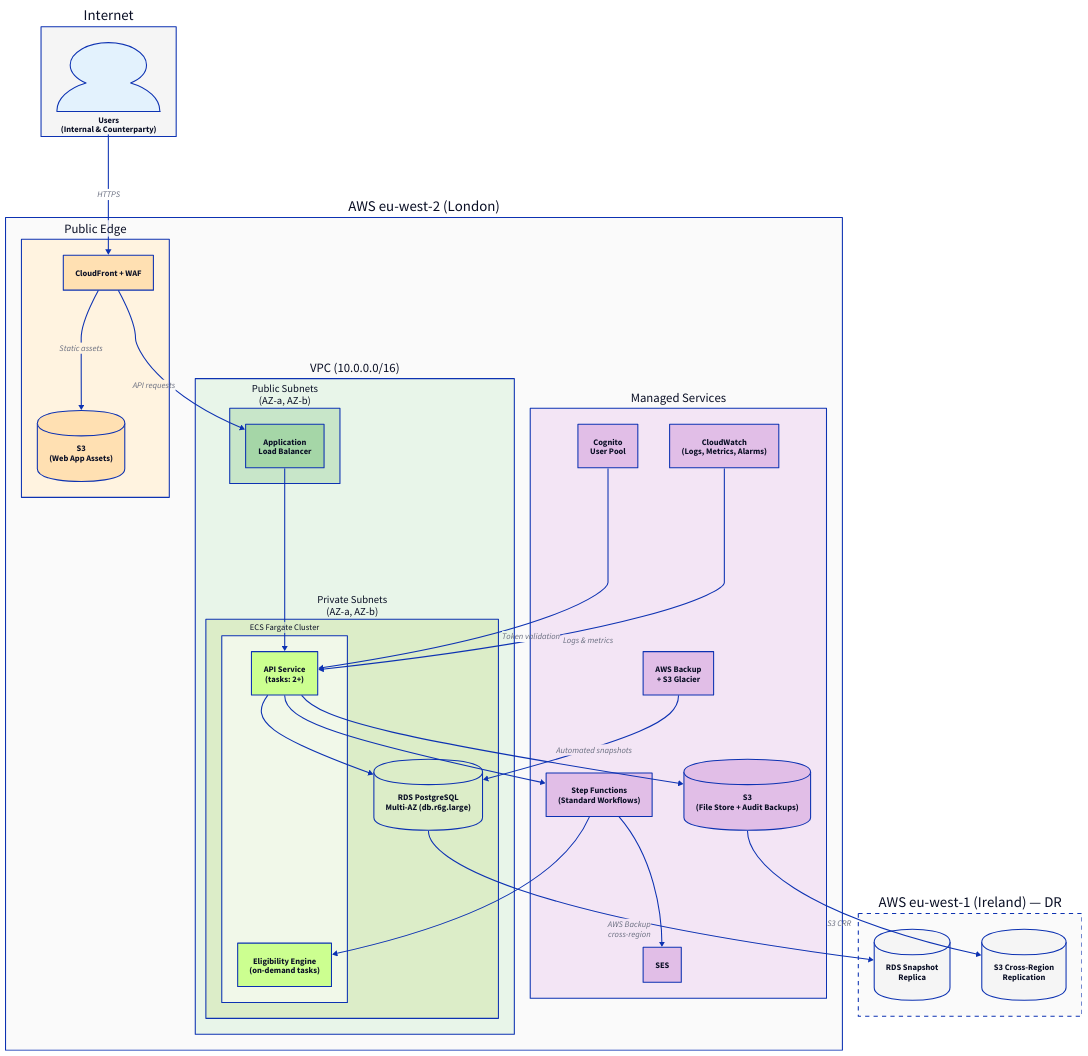
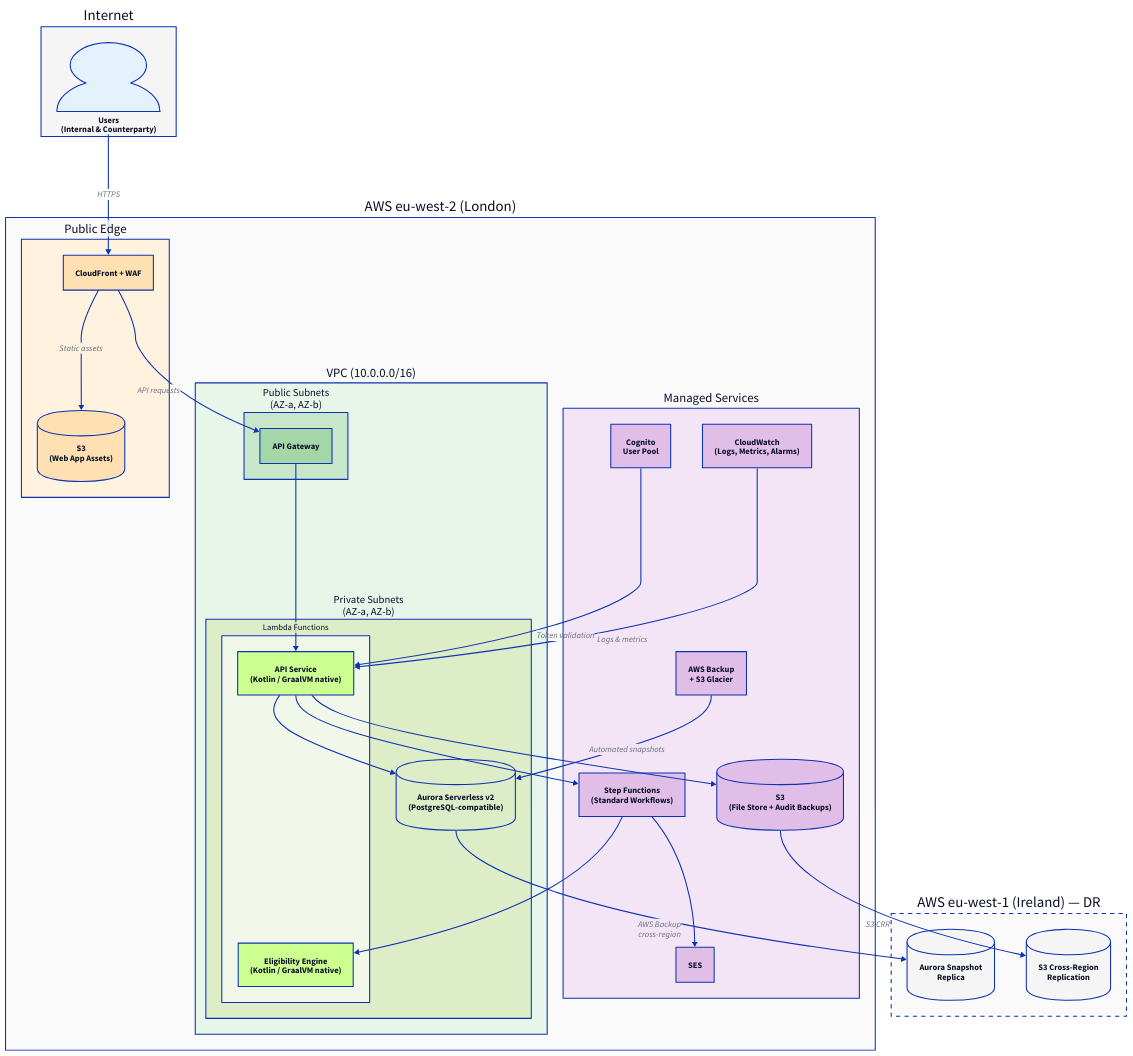
The eighth of 8 diagrams in 03/docs/solution-design.adoc (mosurekImagination/solution-architecture-case-studies), drawn with D2 before and after one commit. The commit also changed other lines of this file and 7 other files, not shown here.

```diff
--- a/03/docs/solution-design.adoc
+++ b/03/docs/solution-design.adoc
@@ -1254,7 +1516,7 @@
 
     pubSubnet: Public Subnets\n(AZ-a, AZ-b) {
       style.fill: "#C8E6C9"
-      alb: Application\nLoad Balancer {
+      apigw: API Gateway {
         style.fill: "#A5D6A7"
       }
     }
@@ -1262,17 +1524,17 @@
     privSubnet: Private Subnets\n(AZ-a, AZ-b) {
       style.fill: "#DCEDC8"
 
-      ecs: ECS Fargate Cluster {
+      lambda: Lambda Functions {
         style.fill: "#F1F8E9"
-        apiTask: API Service\n(tasks: 2+) {
+        apiLambda: API Service\n(Kotlin / GraalVM native) {
           style.fill: "#CCFF90"
         }
-        eligTask: Eligibility Engine\n(on-demand tasks) {
+        eligLambda: Eligibility Engine\n(Kotlin / GraalVM native) {
           style.fill: "#CCFF90"
         }
       }
 
-      rds: RDS PostgreSQL\nMulti-AZ (db.r6g.large) {
+      aurora: Aurora Serverless v2\n(PostgreSQL-compatible) {
         shape: cylinder
         style.fill: "#DCEDC8"
       }
@@ -1306,7 +1568,7 @@
 drRegion: AWS eu-west-1 (Ireland) — DR {
   style.fill: "#FAFAFA"
   style.stroke-dash: 4
-  rdsSnapshot: RDS Snapshot\nReplica {
+  rdsSnapshot: Aurora Snapshot\nReplica {
     shape: cylinder
     style.fill: "#F5F5F5"
   }
@@ -1318,16 +1580,16 @@
 
 internet.users -> aws.edge.cf: HTTPS
 aws.edge.cf -> aws.edge.s3web: Static assets
-aws.edge.cf -> aws.vpc.pubSubnet.alb: API requests
-aws.vpc.pubSubnet.alb -> aws.vpc.privSubnet.ecs.apiTask
-aws.vpc.privSubnet.ecs.apiTask -> aws.vpc.privSubnet.rds
-aws.vpc.privSubnet.ecs.apiTask -> aws.managed.s3data
-aws.vpc.privSubnet.ecs.apiTask -> aws.managed.stepFn
-aws.managed.stepFn -> aws.vpc.privSubnet.ecs.eligTask
+aws.edge.cf -> aws.vpc.pubSubnet.apigw: API requests
+aws.vpc.pubSubnet.apigw -> aws.vpc.privSubnet.lambda.apiLambda
+aws.vpc.privSubnet.lambda.apiLambda -> aws.vpc.privSubnet.aurora
+aws.vpc.privSubnet.lambda.apiLambda -> aws.managed.s3data
+aws.vpc.privSubnet.lambda.apiLambda -> aws.managed.stepFn
+aws.managed.stepFn -> aws.vpc.privSubnet.lambda.eligLambda
 aws.managed.stepFn -> aws.managed.ses
-aws.managed.cognito -> aws.vpc.privSubnet.ecs.apiTask: Token validation
-aws.managed.cw -> aws.vpc.privSubnet.ecs.apiTask: Logs & metrics
-aws.managed.backup -> aws.vpc.privSubnet.rds: Automated snapshots
-aws.vpc.privSubnet.rds -> drRegion.rdsSnapshot: AWS Backup\ncross-region
+aws.managed.cognito -> aws.vpc.privSubnet.lambda.apiLambda: Token validation
+aws.managed.cw -> aws.vpc.privSubnet.lambda.apiLambda: Logs & metrics
+aws.managed.backup -> aws.vpc.privSubnet.aurora: Automated snapshots
+aws.vpc.privSubnet.aurora -> drRegion.rdsSnapshot: AWS Backup\ncross-region
 aws.managed.s3data -> drRegion.s3dr: S3 CRR
 ....
```
